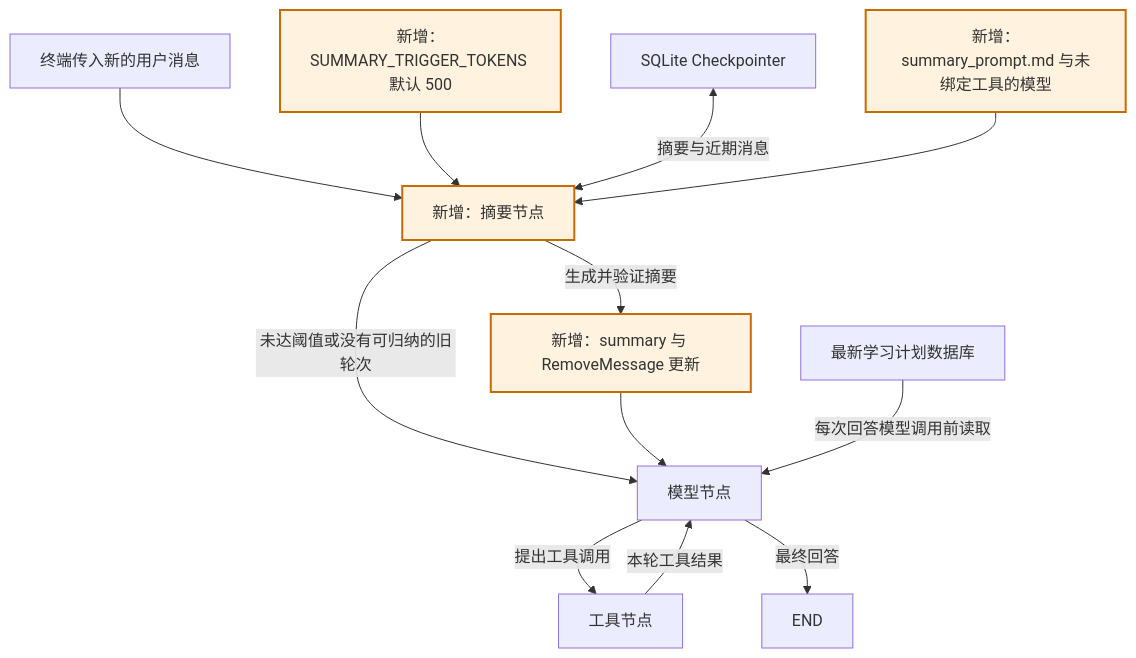
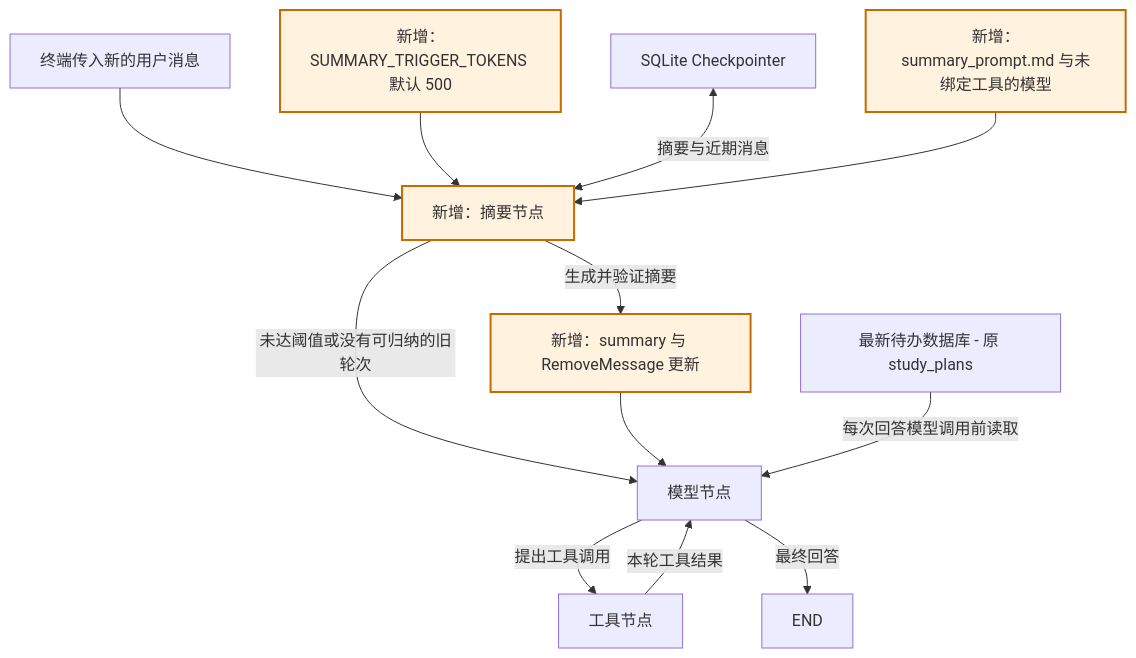
Before and after one commit to HarryXiong24/agents: the fifth of 5 diagrams in src/agent_apps/simple_react_agent/docs/VERSIONS.zh-CN.md, drawn with Mermaid. The commit also changed other lines of this file and 15 other files, not shown here.

````diff
--- a/src/agent_apps/simple_react_agent/docs/VERSIONS.zh-CN.md
+++ b/src/agent_apps/simple_react_agent/docs/VERSIONS.zh-CN.md
@@ -509,16 +525,16 @@
 ```mermaid
 flowchart TD
     C[终端传入新的用户消息] --> S[新增：摘要节点]
     CFG[新增：SUMMARY_TRIGGER_TOKENS 默认 500] --> S
     S -->|未达阈值或没有可归纳的旧轮次| M[模型节点]
     S -->|生成并验证摘要| U[新增：summary 与 RemoveMessage 更新]
     U --> M
     M -->|提出工具调用| T[工具节点]
     T -->|本轮工具结果| M
     M -->|最终回答| E[END]
     CP[SQLite Checkpointer] <-->|摘要与近期消息| S
-    P[最新学习计划数据库] -->|每次回答模型调用前读取| M
+    P[最新待办数据库 - 原 study_plans] -->|每次回答模型调用前读取| M
     SP[新增：summary_prompt.md 与未绑定工具的模型] --> S
     classDef changed fill:#fff3df,stroke:#c76a00,stroke-width:2px;
     class S,CFG,U,SP changed;
 ```
````
